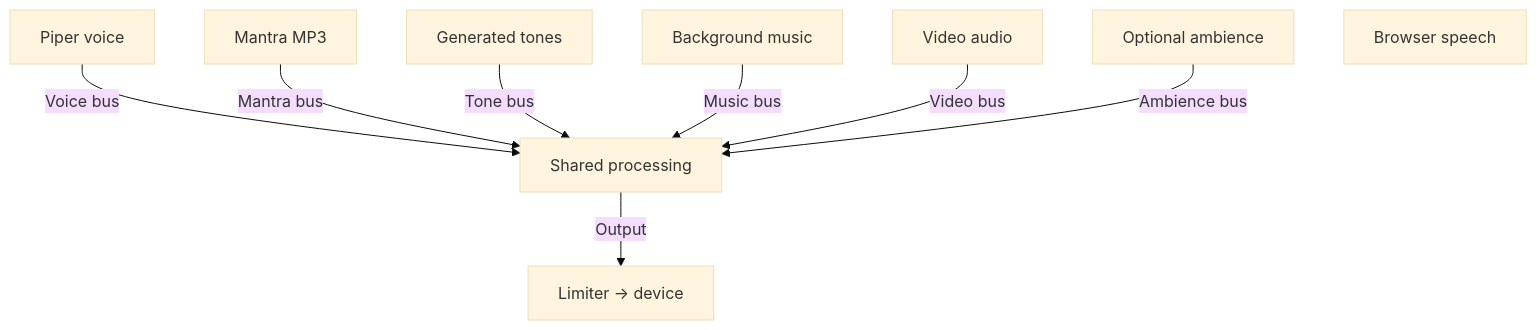
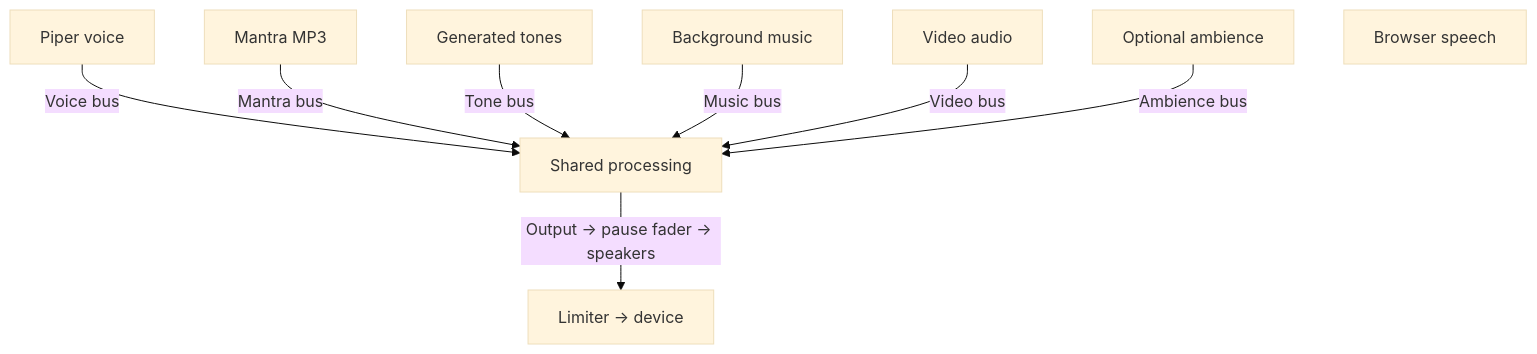
Before and after one commit to missionode/lite: diagram 29 of 50 in docs/app-map/FLOW-REFERENCE.md, drawn with Mermaid (base theme). The commit also changed other lines of this file and 6 other files, not shown here.

````diff
--- a/docs/app-map/FLOW-REFERENCE.md
+++ b/docs/app-map/FLOW-REFERENCE.md
@@ -1457,19 +1457,19 @@
 ```mermaid
 flowchart TD
   piper["Piper voice"]
   mantra["Mantra MP3"]
   generated["Generated tones"]
   music["Background music"]
   video["Video audio"]
   ambience["Optional ambience"]
   shared["Shared processing"]
   limiter["Limiter → device"]
   speech["Browser speech"]
   piper -->|"Voice bus"| shared
   mantra -->|"Mantra bus"| shared
   generated -->|"Tone bus"| shared
   music -->|"Music bus"| shared
   video -->|"Video bus"| shared
   ambience -->|"Ambience bus"| shared
-  shared -->|"Output"| limiter
+  shared -->|"Output → pause fader → speakers"| limiter
 ```
````
